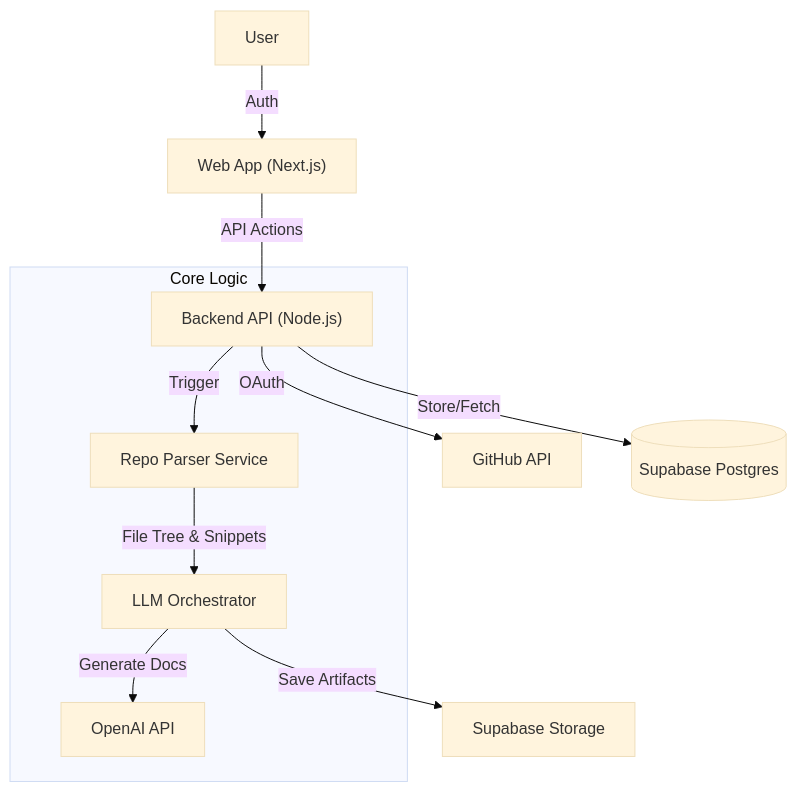
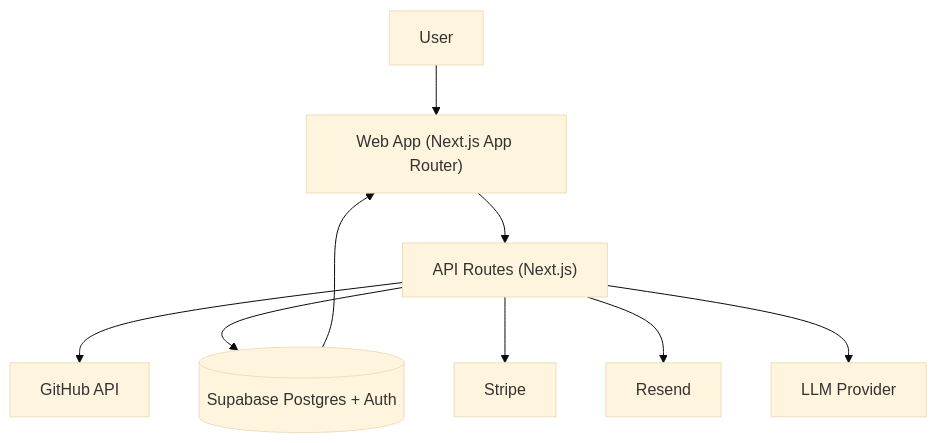
Before and after one commit to joaomcc24/archAI: the diagram in README.md, drawn with Mermaid (base theme). The commit also changed other lines of this file and 16 other files, not shown here.

Commit message:
change app name from 'RepoLens' to 'Blueprintly'

````diff
--- a/README.md
+++ b/README.md
@@ -55,16 +33,11 @@
 ```mermaid
 graph TD
-    User[User] -->|Auth| Web["Web App (Next.js)"]
-    Web -->|API Actions| API["Backend API (Node.js)"]
-    API -->|OAuth| GH[GitHub API]
-    API -->|Store/Fetch| DB[("Supabase Postgres")]
-    
-    subgraph "Core Logic"
-    API -->|Trigger| Parser[Repo Parser Service]
-    Parser -->|File Tree & Snippets| LLM[LLM Orchestrator]
-    LLM -->|Generate Docs| OpenAI[OpenAI API]
-    end
-    
-    LLM -->|Save Artifacts| Storage[Supabase Storage]
-
+    User[User] --> Web["Web App (Next.js App Router)"]
+    Web --> API["API Routes (Next.js)"]
+    API --> GH[GitHub API]
+    API --> DB[("Supabase Postgres + Auth")]
+    API --> Stripe[Stripe]
+    API --> Email[Resend]
+    API --> LLM[LLM Provider]
+    DB --> Web
 ```
````
